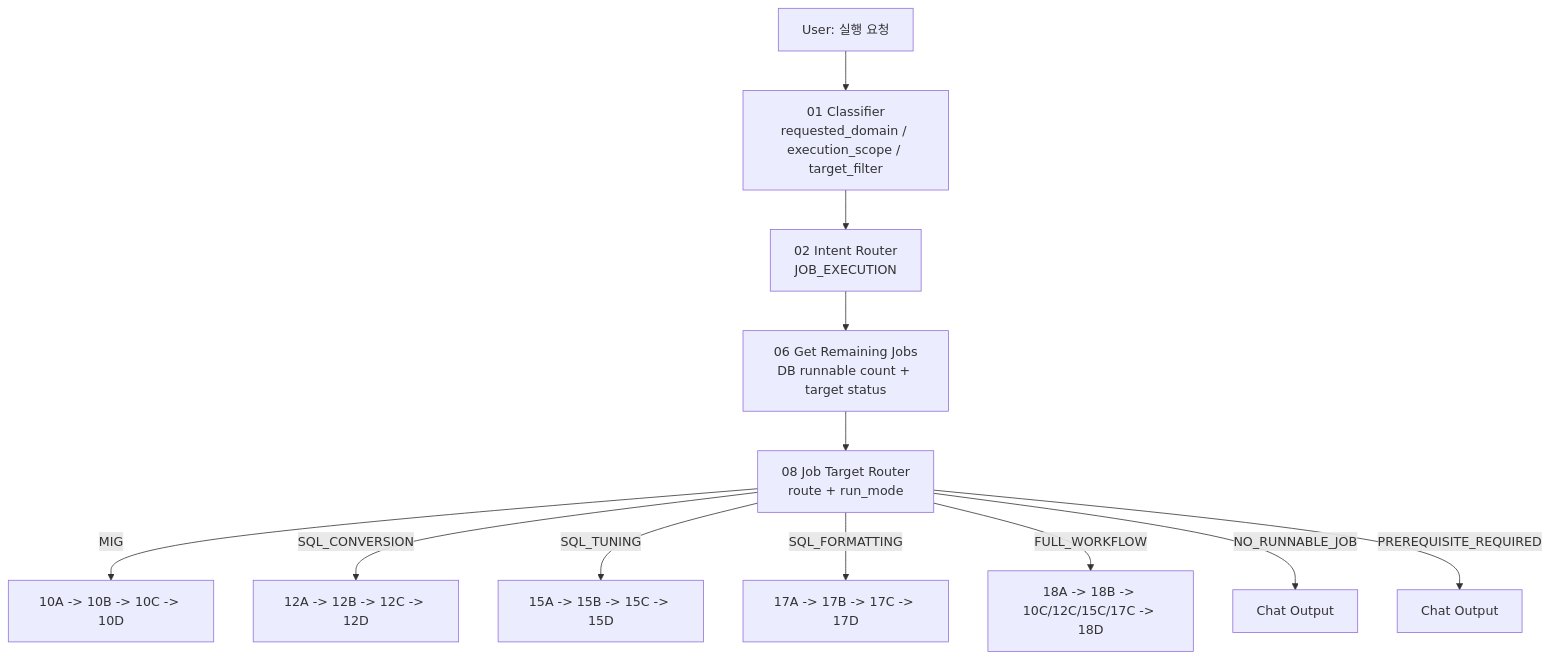
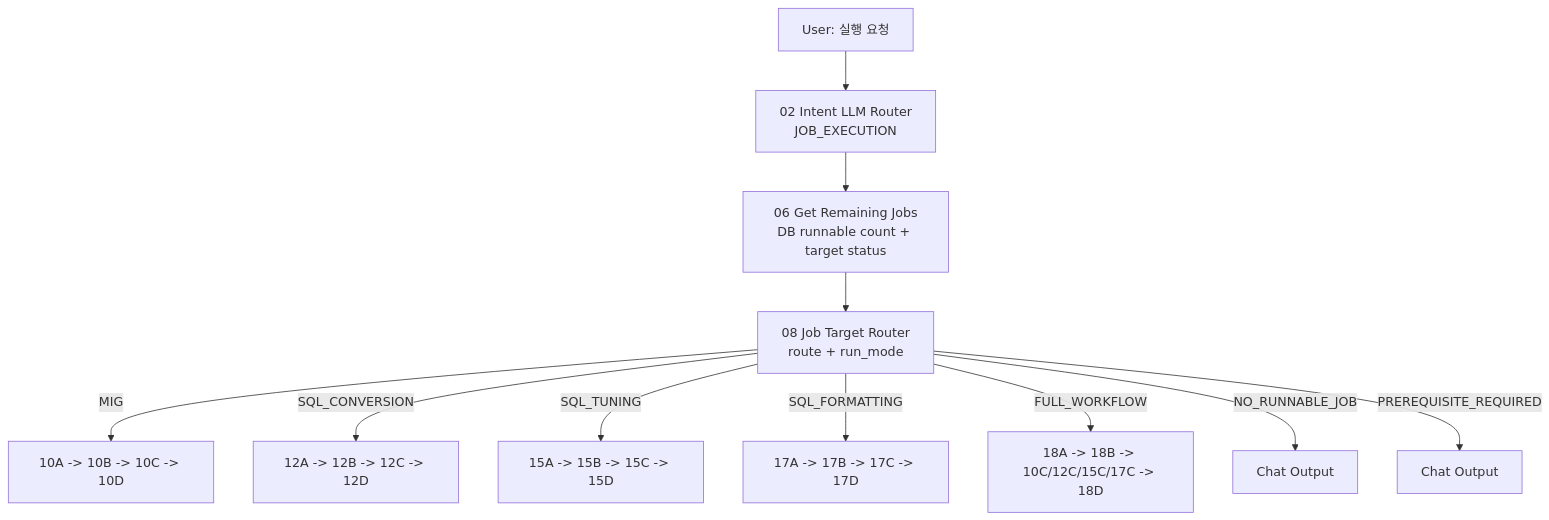
One commit to seongikjin227-jpg/refactoring_smartMigrate changed the first of 4 diagrams in smartMigrate_2.0_Langflow/00_guide/00_architecture_chapter3_job_execution.md. Above: the diagram before and after it, drawn with Mermaid. The commit also changed other lines of this file and 28 other files, not shown here.

````diff
--- a/smartMigrate_2.0_Langflow/00_guide/00_architecture_chapter3_job_execution.md
+++ b/smartMigrate_2.0_Langflow/00_guide/00_architecture_chapter3_job_execution.md
@@ -7,14 +9,13 @@
 ```mermaid
 flowchart TD
-    REQ[User: 실행 요청] --> C01[01 Classifier<br/>requested_domain / execution_scope / target_filter]
-    C01 --> R02[02 Intent Router<br/>JOB_EXECUTION]
+    REQ[User: 실행 요청] --> R02[02 Intent LLM Router<br/>JOB_EXECUTION]
     R02 --> G06[06 Get Remaining Jobs<br/>DB runnable count + target status]
     G06 --> R08[08 Job Target Router<br/>route + run_mode]
     R08 -->|MIG| M10[10A -> 10B -> 10C -> 10D]
     R08 -->|SQL_CONVERSION| S12[12A -> 12B -> 12C -> 12D]
     R08 -->|SQL_TUNING| S15[15A -> 15B -> 15C -> 15D]
     R08 -->|SQL_FORMATTING| S17[17A -> 17B -> 17C -> 17D]
     R08 -->|FULL_WORKFLOW| W18[18A -> 18B -> 10C/12C/15C/17C -> 18D]
     R08 -->|NO_RUNNABLE_JOB| OUT1[Chat Output]
     R08 -->|PREREQUISITE_REQUIRED| OUT2[Chat Output]
 ```
````
